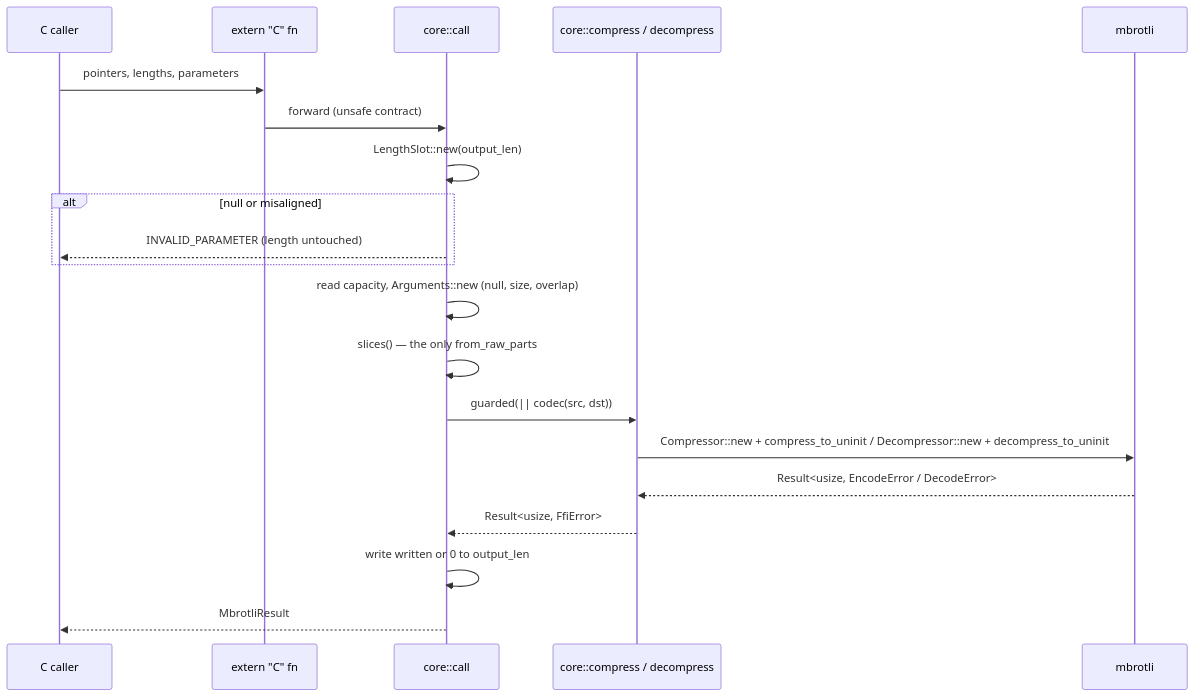
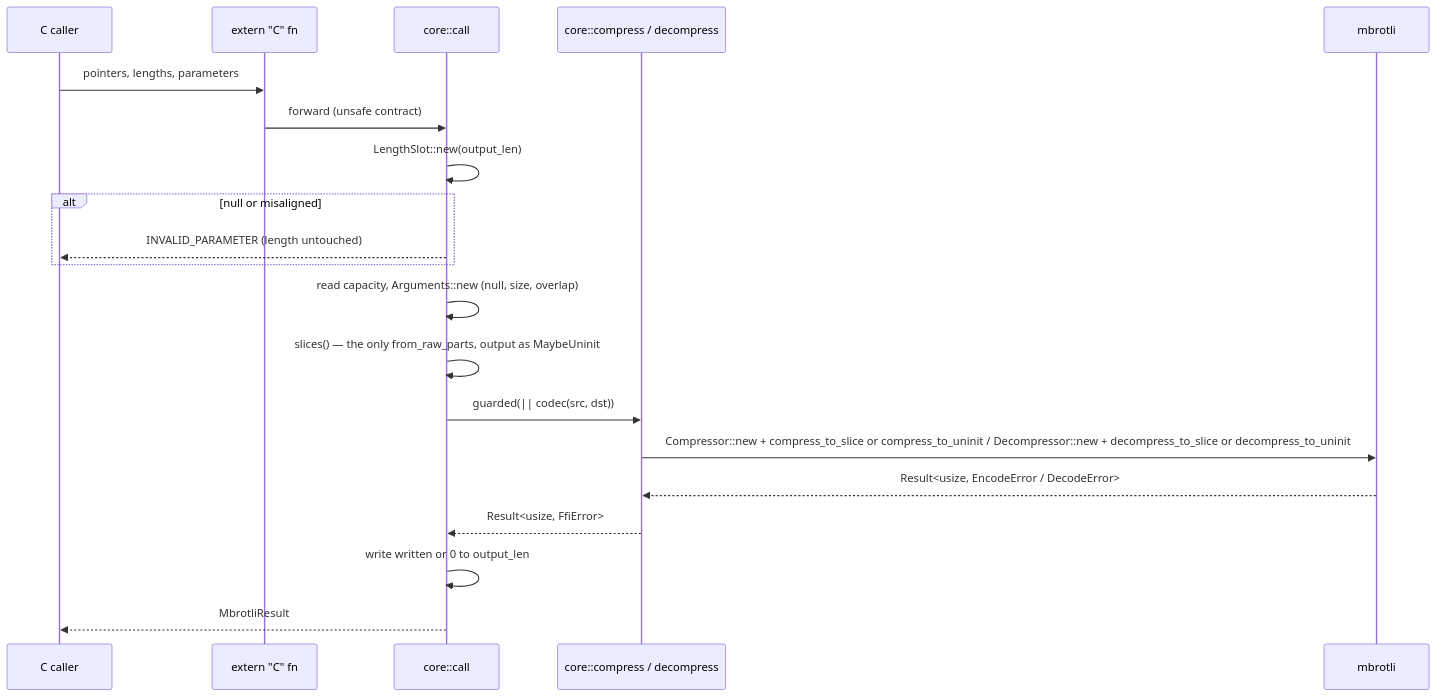
Before and after one commit to M-Compressors/mbrotli: the second of 5 diagrams in architecture/c-abi.md, drawn with Mermaid. The commit also changed other lines of this file and 175 other files, not shown here.

````diff
--- a/architecture/c-abi.md
+++ b/architecture/c-abi.md
@@ -61,22 +61,22 @@
 ```mermaid
 sequenceDiagram
     participant C as C caller
     participant Root as extern "C" fn
     participant Core as core::call
     participant Codec as core::compress / decompress
     participant M as mbrotli
     C->>Root: pointers, lengths, parameters
     Root->>Core: forward (unsafe contract)
     Core->>Core: LengthSlot::new(output_len)
     alt null or misaligned
         Core-->>C: INVALID_PARAMETER (length untouched)
     end
     Core->>Core: read capacity, Arguments::new (null, size, overlap)
-    Core->>Core: slices() — the only from_raw_parts
+    Core->>Core: slices() — the only from_raw_parts, output as MaybeUninit
     Core->>Codec: guarded(|| codec(src, dst))
-    Codec->>M: Compressor::new + compress_to_uninit / Decompressor::new + decompress_to_uninit
+    Codec->>M: Compressor::new + compress_to_slice or compress_to_uninit / Decompressor::new + decompress_to_slice or decompress_to_uninit
     M-->>Codec: Result<usize, EncodeError / DecodeError>
     Codec-->>Core: Result<usize, FfiError>
     Core->>Core: write written or 0 to output_len
     Core-->>C: MbrotliResult
 ```
````
